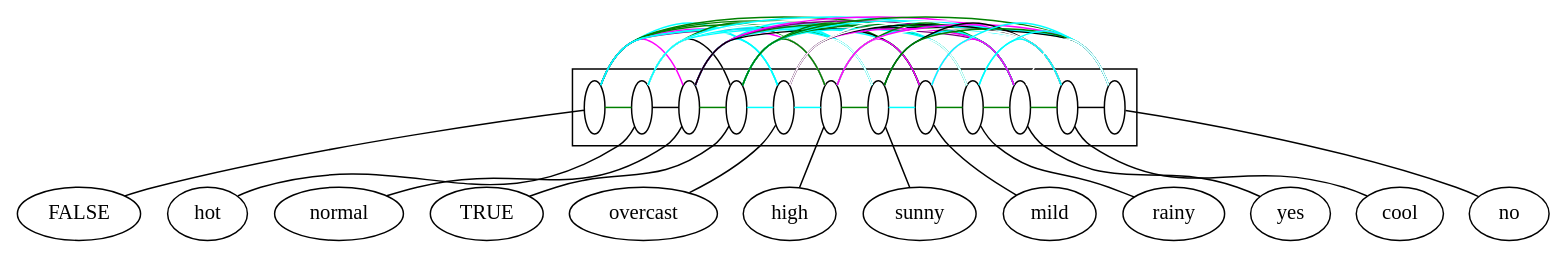
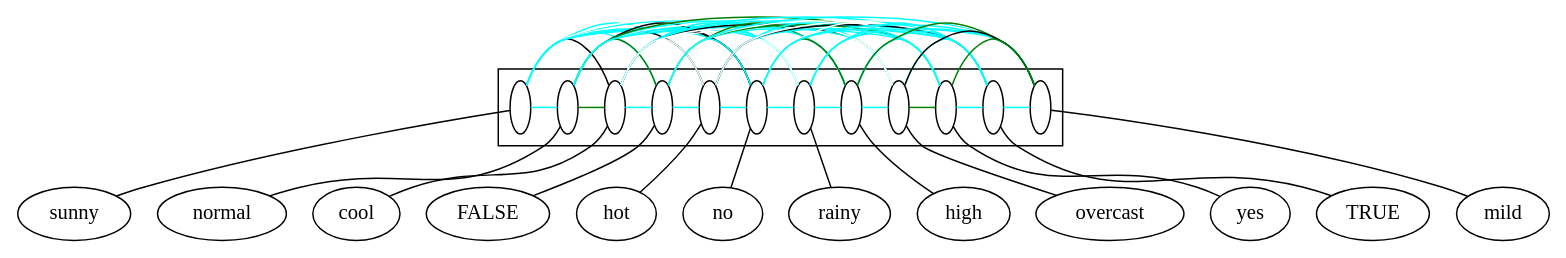
Before and after one commit to lrodrin/TFG: the diagram in src/final/exponential2structure.dot, drawn with Graphviz. The commit also changed 12 other files, not shown here.

```diff
--- a/src/final/exponential2structure.dot
+++ b/src/final/exponential2structure.dot
@@ -1,112 +1,112 @@
 digraph G {
 compound=True;
+sunny;
+normal;
+cool;
 FALSE;
 hot;
-normal;
+no;
+rainy;
+high;
+overcast;
+yes;
 TRUE;
-overcast;
-high;
-sunny;
 mild;
-rainy;
-yes;
-cool;
-no;
-subgraph cluster_yesrainyFALSEcoolsunnyhighnormalovercasthotmildnoTRUE {
-s_FALSE [width=0.2, fillcolor=white, label=" ", fixedsize=True];
-s_hot [width=0.2, fillcolor=white, label=" ", fixedsize=True];
-s_normal [width=0.2, fillcolor=white, label=" ", fixedsize=True];
-s_TRUE [width=0.2, fillcolor=white, label=" ", fixedsize=True];
-s_overcast [width=0.2, fillcolor=white, label=" ", fixedsize=True];
-s_high [width=0.2, fillcolor=white, label=" ", fixedsize=True];
-s_sunny [width=0.2, fillcolor=white, label=" ", fixedsize=True];
-s_mild [width=0.2, fillcolor=white, label=" ", fixedsize=True];
-s_rainy [width=0.2, fillcolor=white, label=" ", fixedsize=True];
-s_yes [width=0.2, fillcolor=white, label=" ", fixedsize=True];
-s_cool [width=0.2, fillcolor=white, label=" ", fixedsize=True];
-s_no [width=0.2, fillcolor=white, label=" ", fixedsize=True];
+subgraph cluster_TRUEnormalmildovercastrainycoolsunnyyesnoFALSEhothigh {
+s_sunny [fillcolor=white, fixedsize=True, label=" ", width=0.2];
+s_normal [fillcolor=white, fixedsize=True, label=" ", width=0.2];
+s_cool [fillcolor=white, fixedsize=True, label=" ", width=0.2];
+s_FALSE [fillcolor=white, fixedsize=True, label=" ", width=0.2];
+s_hot [fillcolor=white, fixedsize=True, label=" ", width=0.2];
+s_no [fillcolor=white, fixedsize=True, label=" ", width=0.2];
+s_rainy [fillcolor=white, fixedsize=True, label=" ", width=0.2];
+s_high [fillcolor=white, fixedsize=True, label=" ", width=0.2];
+s_overcast [fillcolor=white, fixedsize=True, label=" ", width=0.2];
+s_yes [fillcolor=white, fixedsize=True, label=" ", width=0.2];
+s_TRUE [fillcolor=white, fixedsize=True, label=" ", width=0.2];
+s_mild [fillcolor=white, fixedsize=True, label=" ", width=0.2];
 subgraph  {
 rank=same;
-s_FALSE -> s_hot  [color=green, arrowhead=none];
-s_FALSE -> s_normal  [color=magenta, arrowhead=none];
-s_FALSE -> s_TRUE  [color=white, arrowhead=none];
-s_FALSE -> s_overcast  [color=cyan, arrowhead=none];
-s_FALSE -> s_high  [color=magenta, arrowhead=none];
-s_FALSE -> s_sunny  [color=green, arrowhead=none];
-s_FALSE -> s_mild  [color=green, arrowhead=none];
-s_FALSE -> s_rainy  [color=green, arrowhead=none];
-s_FALSE -> s_yes  [color=purple, arrowhead=none];
-s_FALSE -> s_cool  [color=cyan, arrowhead=none];
-s_FALSE -> s_no  [color=cyan, arrowhead=none];
-s_hot -> s_normal  [color=black, arrowhead=none];
-s_hot -> s_TRUE  [color=black, arrowhead=none];
-s_hot -> s_overcast  [color=cyan, arrowhead=none];
-s_hot -> s_high  [color=green, arrowhead=none];
-s_hot -> s_sunny  [color=cyan, arrowhead=none];
-s_hot -> s_mild  [color=white, arrowhead=none];
-s_hot -> s_rainy  [color=white, arrowhead=none];
-s_hot -> s_yes  [color=cyan, arrowhead=none];
-s_hot -> s_cool  [color=white, arrowhead=none];
-s_hot -> s_no  [color=cyan, arrowhead=none];
-s_normal -> s_TRUE  [color=green, arrowhead=none];
-s_normal -> s_overcast  [color=cyan, arrowhead=none];
-s_normal -> s_high  [color=white, arrowhead=none];
-s_normal -> s_sunny  [color=cyan, arrowhead=none];
-s_normal -> s_mild  [color=cyan, arrowhead=none];
-s_normal -> s_rainy  [color=green, arrowhead=none];
-s_normal -> s_yes  [color=purple, arrowhead=none];
-s_normal -> s_cool  [color=magenta, arrowhead=none];
-s_normal -> s_no  [color=black, arrowhead=none];
-s_TRUE -> s_overcast  [color=cyan, arrowhead=none];
-s_TRUE -> s_high  [color=green, arrowhead=none];
-s_TRUE -> s_sunny  [color=cyan, arrowhead=none];
-s_TRUE -> s_mild  [color=green, arrowhead=none];
-s_TRUE -> s_rainy  [color=cyan, arrowhead=none];
-s_TRUE -> s_yes  [color=green, arrowhead=none];
-s_TRUE -> s_cool  [color=cyan, arrowhead=none];
-s_TRUE -> s_no  [color=green, arrowhead=none];
-s_overcast -> s_high  [color=cyan, arrowhead=none];
-s_overcast -> s_sunny  [color=white, arrowhead=none];
-s_overcast -> s_mild  [color=black, arrowhead=none];
-s_overcast -> s_rainy  [color=white, arrowhead=none];
-s_overcast -> s_yes  [color=magenta, arrowhead=none];
-s_overcast -> s_cool  [color=black, arrowhead=none];
-s_overcast -> s_no  [color=white, arrowhead=none];
-s_high -> s_sunny  [color=green, arrowhead=none];
-s_high -> s_mild  [color=magenta, arrowhead=none];
-s_high -> s_rainy  [color=cyan, arrowhead=none];
-s_high -> s_yes  [color=green, arrowhead=none];
-s_high -> s_cool  [color=white, arrowhead=none];
-s_high -> s_no  [color=magenta, arrowhead=none];
-s_sunny -> s_mild  [color=cyan, arrowhead=none];
-s_sunny -> s_rainy  [color=white, arrowhead=none];
-s_sunny -> s_yes  [color=cyan, arrowhead=none];
-s_sunny -> s_cool  [color=black, arrowhead=none];
-s_sunny -> s_no  [color=green, arrowhead=none];
-s_mild -> s_rainy  [color=green, arrowhead=none];
-s_mild -> s_yes  [color=magenta, arrowhead=none];
-s_mild -> s_cool  [color=white, arrowhead=none];
-s_mild -> s_no  [color=cyan, arrowhead=none];
-s_rainy -> s_yes  [color=green, arrowhead=none];
-s_rainy -> s_cool  [color=cyan, arrowhead=none];
-s_rainy -> s_no  [color=cyan, arrowhead=none];
-s_yes -> s_cool  [color=green, arrowhead=none];
-s_yes -> s_no  [color=white, arrowhead=none];
-s_cool -> s_no  [color=black, arrowhead=none];
+s_sunny -> s_normal  [arrowhead=none, color=cyan];
+s_sunny -> s_cool  [arrowhead=none, color=black];
+s_sunny -> s_FALSE  [arrowhead=none, color=cyan];
+s_sunny -> s_hot  [arrowhead=none, color=cyan];
+s_sunny -> s_no  [arrowhead=none, color=cyan];
+s_sunny -> s_rainy  [arrowhead=none, color=white];
+s_sunny -> s_high  [arrowhead=none, color=cyan];
+s_sunny -> s_overcast  [arrowhead=none, color=white];
+s_sunny -> s_yes  [arrowhead=none, color=cyan];
+s_sunny -> s_TRUE  [arrowhead=none, color=cyan];
+s_sunny -> s_mild  [arrowhead=none, color=cyan];
+s_normal -> s_cool  [arrowhead=none, color=green];
+s_normal -> s_FALSE  [arrowhead=none, color=green];
+s_normal -> s_hot  [arrowhead=none, color=black];
+s_normal -> s_no  [arrowhead=none, color=black];
+s_normal -> s_rainy  [arrowhead=none, color=cyan];
+s_normal -> s_high  [arrowhead=none, color=white];
+s_normal -> s_overcast  [arrowhead=none, color=cyan];
+s_normal -> s_yes  [arrowhead=none, color=green];
+s_normal -> s_TRUE  [arrowhead=none, color=cyan];
+s_normal -> s_mild  [arrowhead=none, color=cyan];
+s_cool -> s_FALSE  [arrowhead=none, color=cyan];
+s_cool -> s_hot  [arrowhead=none, color=white];
+s_cool -> s_no  [arrowhead=none, color=black];
+s_cool -> s_rainy  [arrowhead=none, color=cyan];
+s_cool -> s_high  [arrowhead=none, color=white];
+s_cool -> s_overcast  [arrowhead=none, color=black];
+s_cool -> s_yes  [arrowhead=none, color=cyan];
+s_cool -> s_TRUE  [arrowhead=none, color=cyan];
+s_cool -> s_mild  [arrowhead=none, color=white];
+s_FALSE -> s_hot  [arrowhead=none, color=cyan];
+s_FALSE -> s_no  [arrowhead=none, color=cyan];
+s_FALSE -> s_rainy  [arrowhead=none, color=cyan];
+s_FALSE -> s_high  [arrowhead=none, color=green];
+s_FALSE -> s_overcast  [arrowhead=none, color=cyan];
+s_FALSE -> s_yes  [arrowhead=none, color=green];
+s_FALSE -> s_TRUE  [arrowhead=none, color=white];
+s_FALSE -> s_mild  [arrowhead=none, color=cyan];
+s_hot -> s_no  [arrowhead=none, color=cyan];
+s_hot -> s_rainy  [arrowhead=none, color=white];
+s_hot -> s_high  [arrowhead=none, color=cyan];
+s_hot -> s_overcast  [arrowhead=none, color=cyan];
+s_hot -> s_yes  [arrowhead=none, color=cyan];
+s_hot -> s_TRUE  [arrowhead=none, color=black];
+s_hot -> s_mild  [arrowhead=none, color=white];
+s_no -> s_rainy  [arrowhead=none, color=cyan];
+s_no -> s_high  [arrowhead=none, color=green];
+s_no -> s_overcast  [arrowhead=none, color=white];
+s_no -> s_yes  [arrowhead=none, color=white];
+s_no -> s_TRUE  [arrowhead=none, color=cyan];
+s_no -> s_mild  [arrowhead=none, color=cyan];
+s_rainy -> s_high  [arrowhead=none, color=cyan];
+s_rainy -> s_overcast  [arrowhead=none, color=white];
+s_rainy -> s_yes  [arrowhead=none, color=cyan];
+s_rainy -> s_TRUE  [arrowhead=none, color=cyan];
+s_rainy -> s_mild  [arrowhead=none, color=cyan];
+s_high -> s_overcast  [arrowhead=none, color=cyan];
+s_high -> s_yes  [arrowhead=none, color=cyan];
+s_high -> s_TRUE  [arrowhead=none, color=cyan];
+s_high -> s_mild  [arrowhead=none, color=green];
+s_overcast -> s_yes  [arrowhead=none, color=green];
+s_overcast -> s_TRUE  [arrowhead=none, color=cyan];
+s_overcast -> s_mild  [arrowhead=none, color=black];
+s_yes -> s_TRUE  [arrowhead=none, color=cyan];
+s_yes -> s_mild  [arrowhead=none, color=green];
+s_TRUE -> s_mild  [arrowhead=none, color=cyan];
 }
 
 }
 
+s_sunny -> sunny  [arrowhead=none];
+s_normal -> normal  [arrowhead=none];
+s_cool -> cool  [arrowhead=none];
 s_FALSE -> FALSE  [arrowhead=none];
 s_hot -> hot  [arrowhead=none];
-s_normal -> normal  [arrowhead=none];
+s_no -> no  [arrowhead=none];
+s_rainy -> rainy  [arrowhead=none];
+s_high -> high  [arrowhead=none];
+s_overcast -> overcast  [arrowhead=none];
+s_yes -> yes  [arrowhead=none];
 s_TRUE -> TRUE  [arrowhead=none];
-s_overcast -> overcast  [arrowhead=none];
-s_high -> high  [arrowhead=none];
-s_sunny -> sunny  [arrowhead=none];
 s_mild -> mild  [arrowhead=none];
-s_rainy -> rainy  [arrowhead=none];
-s_yes -> yes  [arrowhead=none];
-s_cool -> cool  [arrowhead=none];
-s_no -> no  [arrowhead=none];
 }
```
